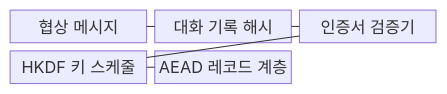
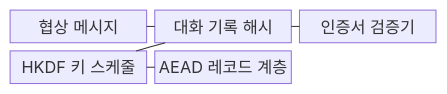
Before and after one commit to agnusdei1207/knowledge-base: the first of 2 diagrams in src/content/docs/notes/05-security/011_tls_1_3_handshake.md, drawn with Mermaid. The commit also changed other lines of this file and 20 other files, not shown here.

````diff
--- a/src/content/docs/notes/05-security/011_tls_1_3_handshake.md
+++ b/src/content/docs/notes/05-security/011_tls_1_3_handshake.md
@@ -60,13 +61,13 @@
 ```mermaid
 block-beta
     columns 3
     N["협상 메시지"]
     H["대화 기록 해시"]
     A["인증서 검증기"]
     K["HKDF 키 스케줄"]
     E["AEAD 레코드 계층"]
     N --- H
     H --- A
-    A --- K
+    H --- K
     K --- E
 ```
````
